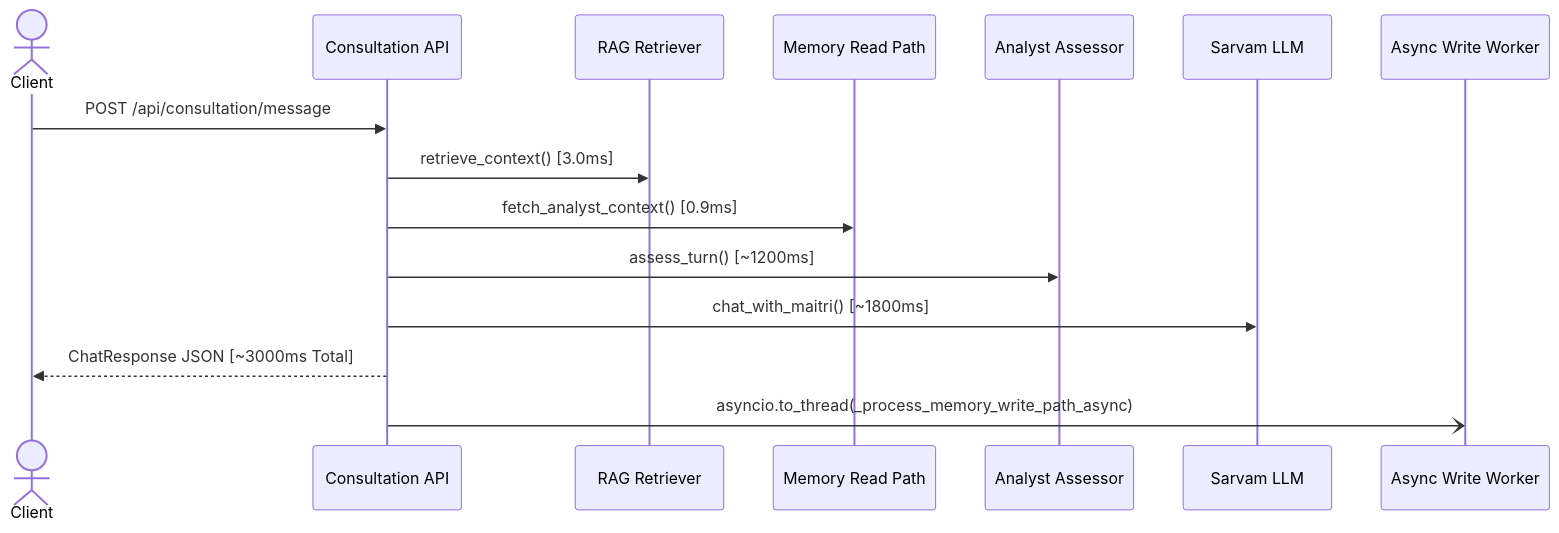
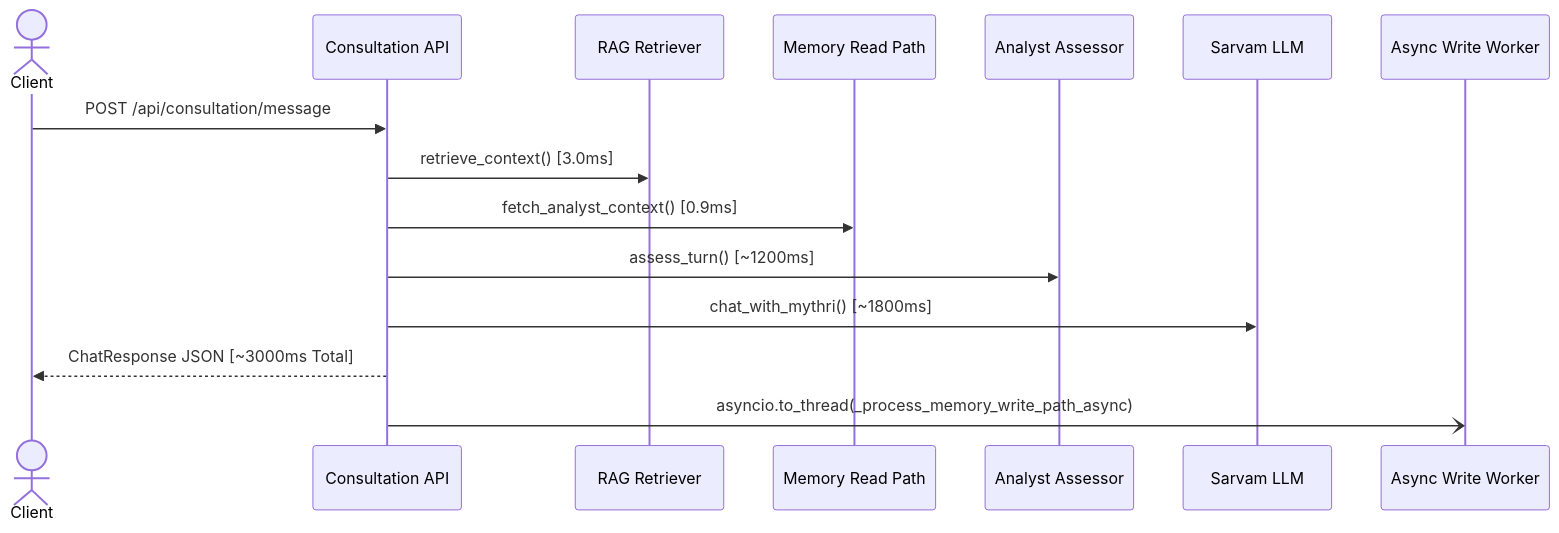
One commit to maitrihealth2/Mythri-properflow changed the second of 2 diagrams in backend/backend_performance_investigation_report.md. Above: the diagram before and after it, drawn with Mermaid. The commit also changed other lines of this file and 95 other files, not shown here.

````diff
--- a/backend/backend_performance_investigation_report.md
+++ b/backend/backend_performance_investigation_report.md
@@ -180,18 +180,18 @@
 ```mermaid
 sequenceDiagram
     actor Client
     participant API as Consultation API
     participant RAG as RAG Retriever
     participant Memory as Memory Read Path
     participant Assessor as Analyst Assessor
     participant LLM as Sarvam LLM
     participant AsyncMem as Async Write Worker
 
     Client->>API: POST /api/consultation/message
     API->>RAG: retrieve_context() [3.0ms]
     API->>Memory: fetch_analyst_context() [0.9ms]
     API->>Assessor: assess_turn() [~1200ms]
-    API->>LLM: chat_with_maitri() [~1800ms]
+    API->>LLM: chat_with_mythri() [~1800ms]
     API-->>Client: ChatResponse JSON [~3000ms Total]
     API-)AsyncMem: asyncio.to_thread(_process_memory_write_path_async)
 ```
````
